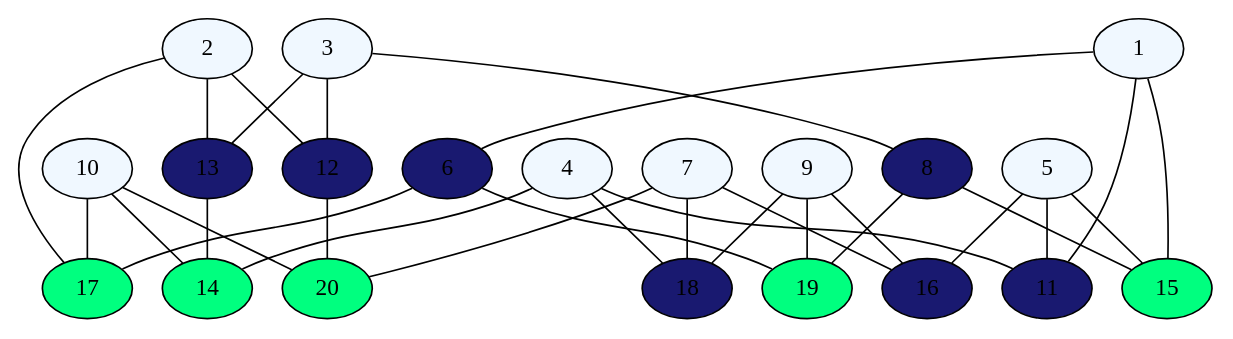
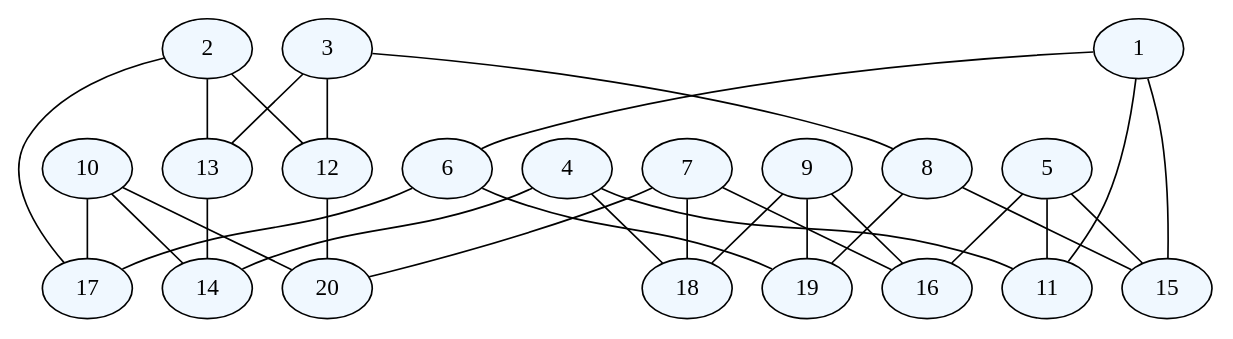
Before and after one commit to unfou3/Topic-2: the diagram in Graph/dothitomau.dot, drawn with Graphviz. The commit also changed 3 other files, not shown here.

```diff
--- a/Graph/dothitomau.dot
+++ b/Graph/dothitomau.dot
@@ -1,53 +1,53 @@
 graph dothi
 {
 1 [fillcolor=aliceblue, style=filled];
 2 [fillcolor=aliceblue, style=filled];
 3 [fillcolor=aliceblue, style=filled];
 4 [fillcolor=aliceblue, style=filled];
 5 [fillcolor=aliceblue, style=filled];
-6 [fillcolor=midnightblue, style=filled];
+6 [fillcolor=aliceblue, style=filled];
 7 [fillcolor=aliceblue, style=filled];
-8 [fillcolor=midnightblue, style=filled];
+8 [fillcolor=aliceblue, style=filled];
 9 [fillcolor=aliceblue, style=filled];
 10 [fillcolor=aliceblue, style=filled];
-11 [fillcolor=midnightblue, style=filled];
-12 [fillcolor=midnightblue, style=filled];
-13 [fillcolor=midnightblue, style=filled];
-14 [fillcolor=springgreen1, style=filled];
-15 [fillcolor=springgreen1, style=filled];
-16 [fillcolor=midnightblue, style=filled];
-17 [fillcolor=springgreen1, style=filled];
-18 [fillcolor=midnightblue, style=filled];
-19 [fillcolor=springgreen1, style=filled];
-20 [fillcolor=springgreen1, style=filled];
+11 [fillcolor=aliceblue, style=filled];
+12 [fillcolor=aliceblue, style=filled];
+13 [fillcolor=aliceblue, style=filled];
+14 [fillcolor=aliceblue, style=filled];
+15 [fillcolor=aliceblue, style=filled];
+16 [fillcolor=aliceblue, style=filled];
+17 [fillcolor=aliceblue, style=filled];
+18 [fillcolor=aliceblue, style=filled];
+19 [fillcolor=aliceblue, style=filled];
+20 [fillcolor=aliceblue, style=filled];
 1 -- 6;
 1 -- 11;
 1 -- 15;
 2 -- 12;
 2 -- 13;
 2 -- 17;
 3 -- 8;
 3 -- 12;
 3 -- 13;
 4 -- 11;
 4 -- 14;
 4 -- 18;
 5 -- 11;
 5 -- 15;
 5 -- 16;
 6 -- 17;
 6 -- 19;
 7 -- 16;
 7 -- 18;
 7 -- 20;
 8 -- 15;
 8 -- 19;
 9 -- 16;
 9 -- 18;
 9 -- 19;
 10 -- 14;
 10 -- 17;
 10 -- 20;
 12 -- 20;
 13 -- 14;
 }
```
